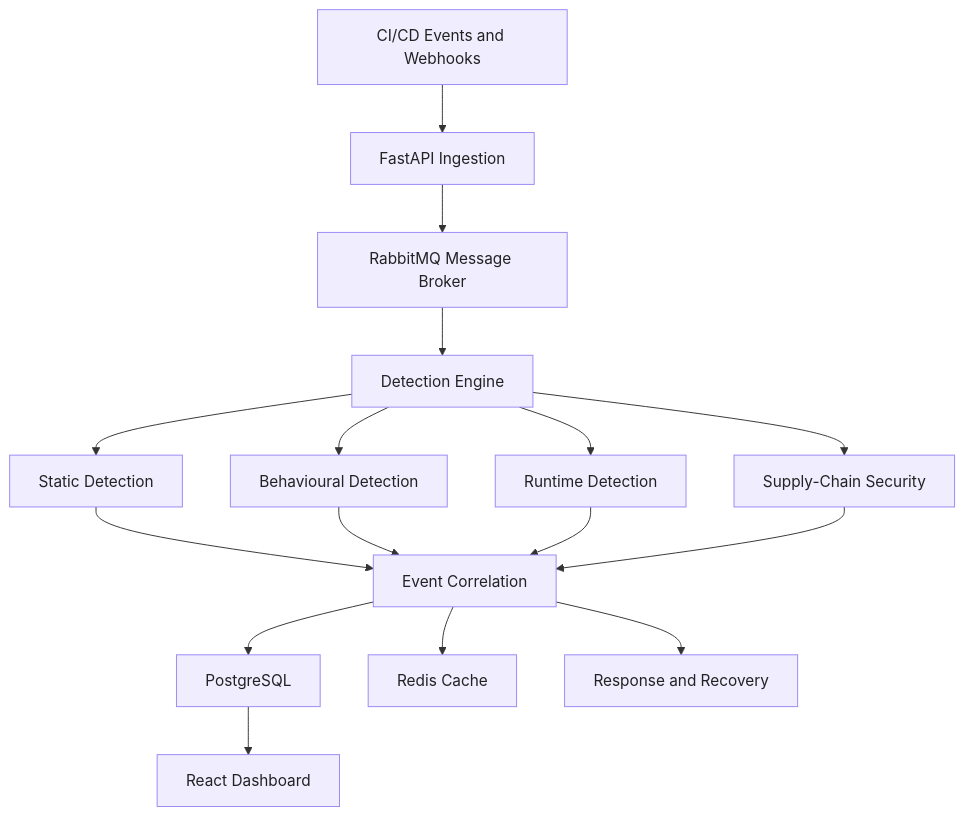
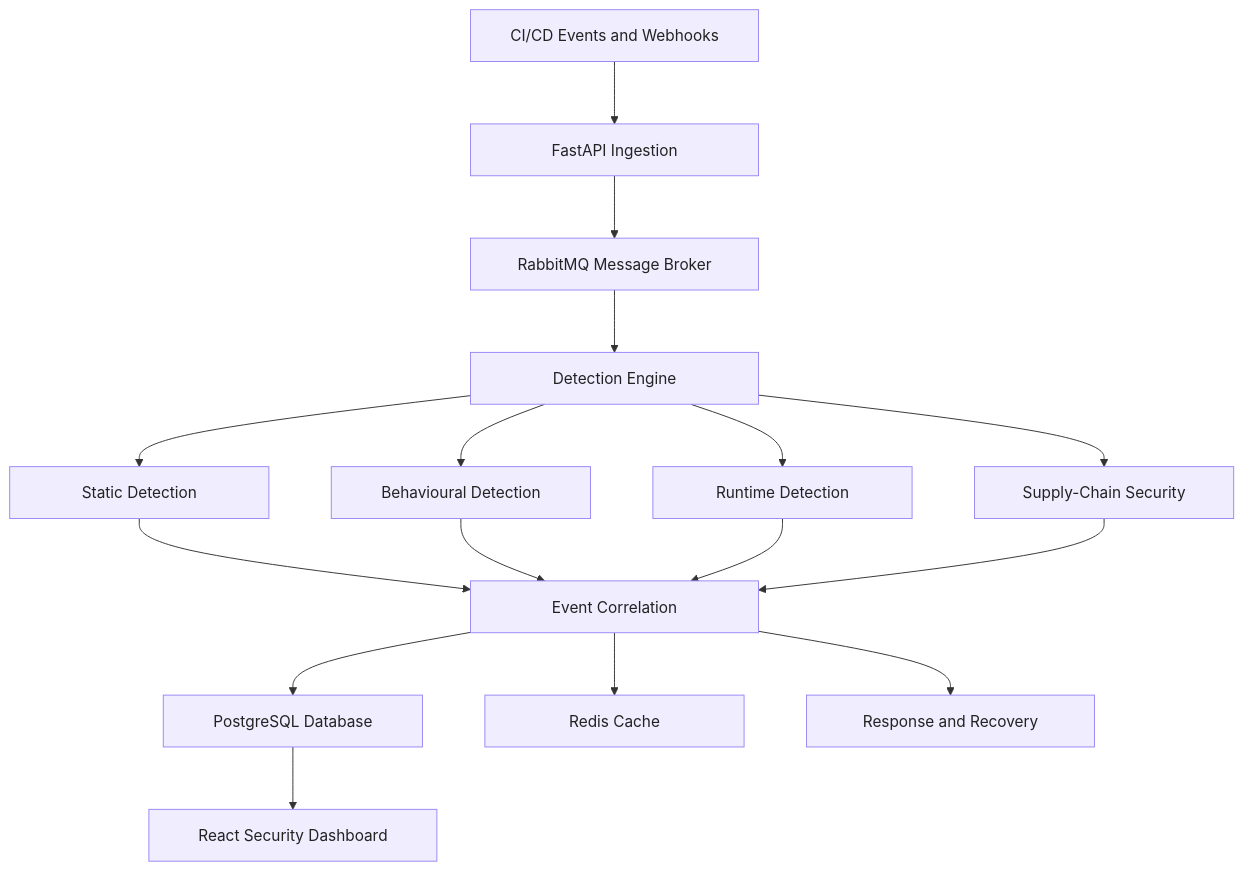
The diagram in README.md (Hp-132/PipelineSentry-DevSecOps), drawn with Mermaid before and after one commit. The commit also changed other lines of this file, not shown here.

````diff
--- a/README.md
+++ b/README.md
@@ -26,25 +26,26 @@
 ```mermaid
+%%{init: {"flowchart": {"htmlLabels": true, "nodeSpacing": 65, "rankSpacing": 65, "useMaxWidth": false}, "themeVariables": {"fontSize": "16px"}}}%%
 flowchart TD
-    A["CI/CD Events and Webhooks"] --> B["FastAPI Ingestion"]
-    B --> C["RabbitMQ Message Broker"]
-    C --> D["Detection Engine"]
+    A["<div style='width:240px'>CI/CD Events and Webhooks</div>"] --> B["<div style='width:240px'>FastAPI Ingestion</div>"]
+    B --> C["<div style='width:240px'>RabbitMQ Message Broker</div>"]
+    C --> D["<div style='width:240px'>Detection Engine</div>"]
 
-    D --> E["Static Detection"]
-    D --> F["Behavioural Detection"]
-    D --> G["Runtime Detection"]
-    D --> H["Supply-Chain Security"]
+    D --> E["<div style='width:210px'>Static Detection</div>"]
+    D --> F["<div style='width:210px'>Behavioural Detection</div>"]
+    D --> G["<div style='width:210px'>Runtime Detection</div>"]
+    D --> H["<div style='width:210px'>Supply-Chain Security</div>"]
 
-    E --> I["Event Correlation"]
+    E --> I["<div style='width:240px'>Event Correlation</div>"]
     F --> I
     G --> I
     H --> I
 
-    I --> J["PostgreSQL"]
-    I --> K["Redis Cache"]
-    I --> L["Response and Recovery"]
+    I --> J["<div style='width:210px'>PostgreSQL Database</div>"]
+    I --> K["<div style='width:210px'>Redis Cache</div>"]
+    I --> L["<div style='width:240px'>Response and Recovery</div>"]
 
-    J --> M["React Dashboard"]
+    J --> M["<div style='width:240px'>React Security Dashboard</div>"]
 
-    classDef service fill:#f0edff,stroke:#9b87f5,color:#222222,stroke-width:1px
+    classDef service fill:#f0edff,stroke:#9b87f5,color:#222,stroke-width:1px
     class A,B,C,D,E,F,G,H,I,J,K,L,M service
 ```
````
